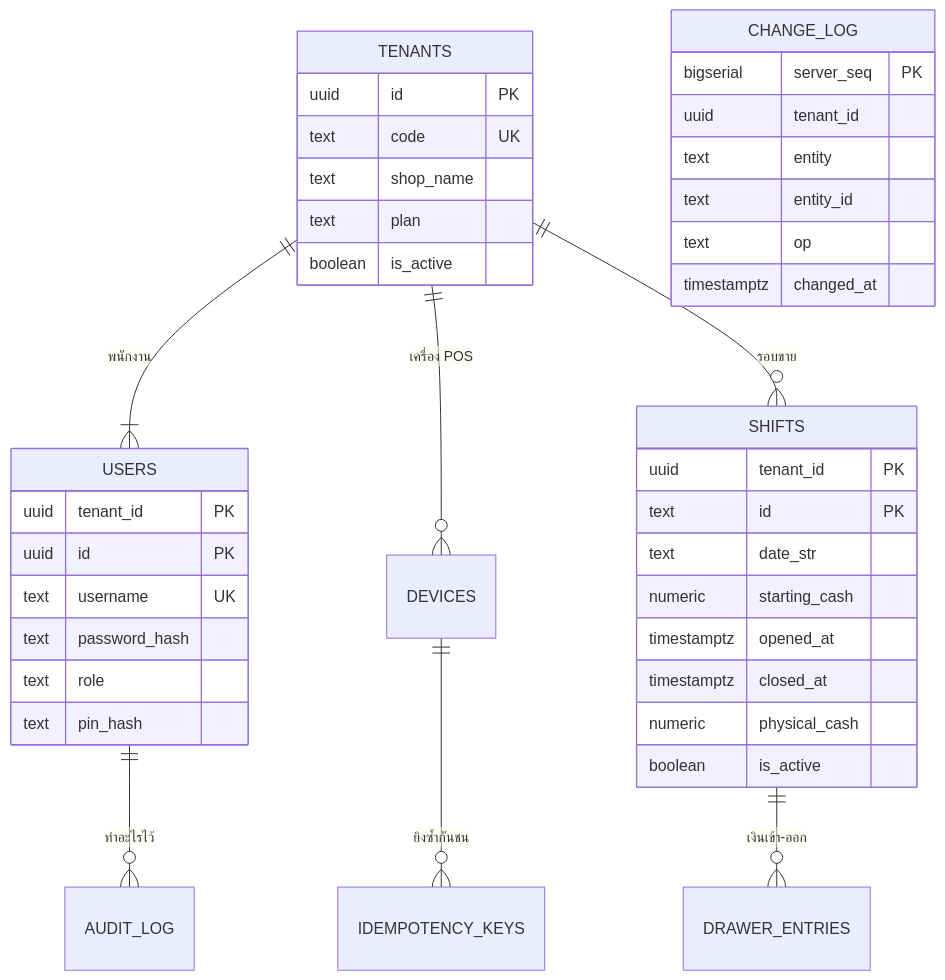
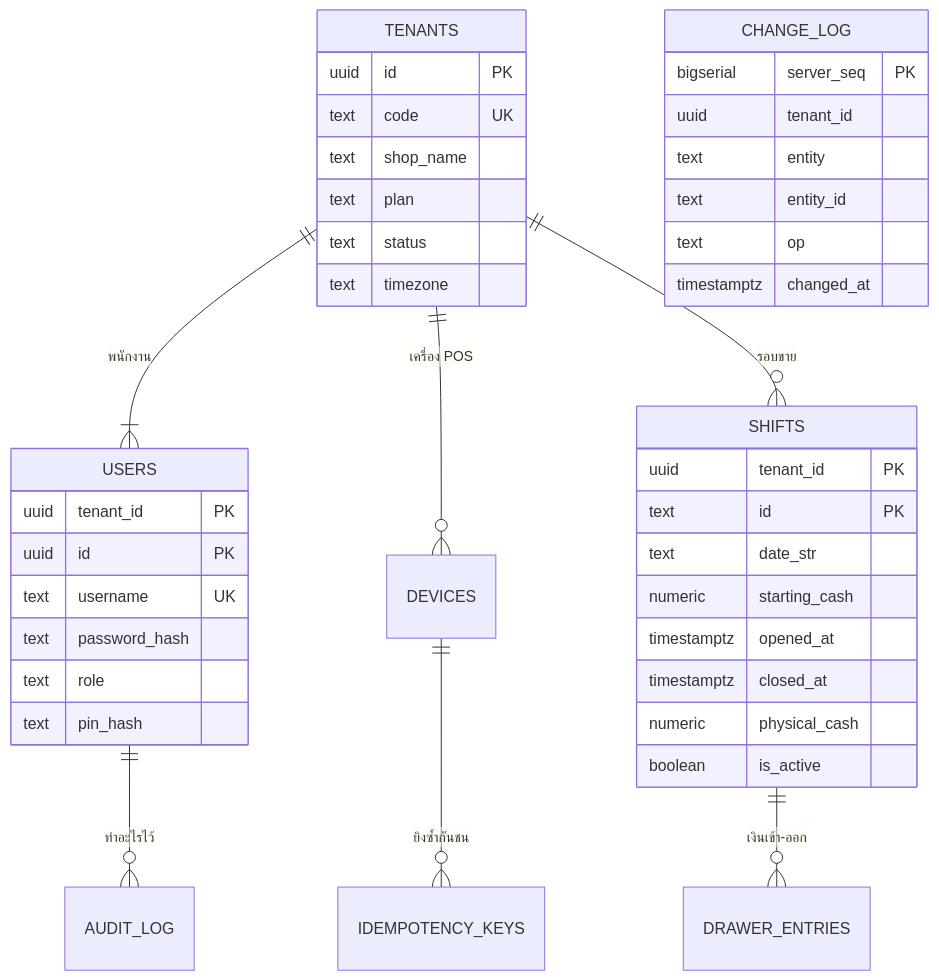
One commit to NuimanLP/srisurart-pos-flutter changed the fourth of 6 diagrams in docs/Backend_design/01_DATABASE.md. Above: the diagram before and after it, drawn with Mermaid. The commit also changed other lines of this file and 15 other files, not shown here.

````diff
--- a/docs/Backend_design/01_DATABASE.md
+++ b/docs/Backend_design/01_DATABASE.md
@@ -172,43 +173,44 @@
 ```mermaid
 erDiagram
     TENANTS ||--|{ USERS : "พนักงาน"
     TENANTS ||--o{ DEVICES : "เครื่อง POS"
     TENANTS ||--o{ SHIFTS : "รอบขาย"
     SHIFTS ||--o{ DRAWER_ENTRIES : "เงินเข้า-ออก"
     USERS ||--o{ AUDIT_LOG : "ทำอะไรไว้"
     DEVICES ||--o{ IDEMPOTENCY_KEYS : "ยิงซ้ำกันชน"
 
     TENANTS {
         uuid id PK
         text code UK
         text shop_name
         text plan
-        boolean is_active
+        text status
+        text timezone
     }
     USERS {
         uuid tenant_id PK
         uuid id PK
         text username UK
         text password_hash
         text role
         text pin_hash
     }
     SHIFTS {
         uuid tenant_id PK
         text id PK
         text date_str
         numeric starting_cash
         timestamptz opened_at
         timestamptz closed_at
         numeric physical_cash
         boolean is_active
     }
     CHANGE_LOG {
         bigserial server_seq PK
         uuid tenant_id
         text entity
         text entity_id
         text op
         timestamptz changed_at
     }
 ```
````
